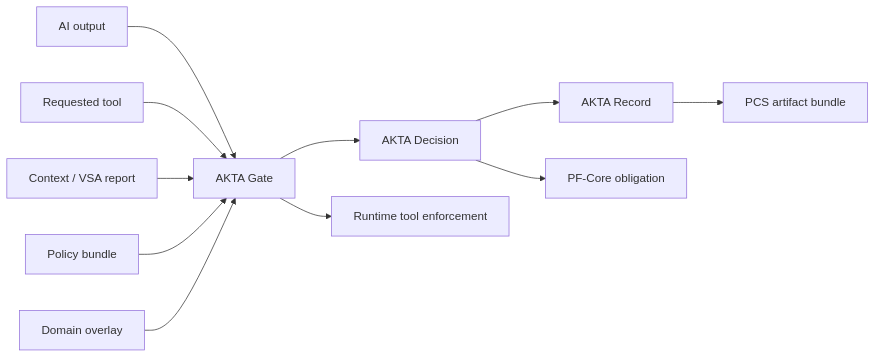
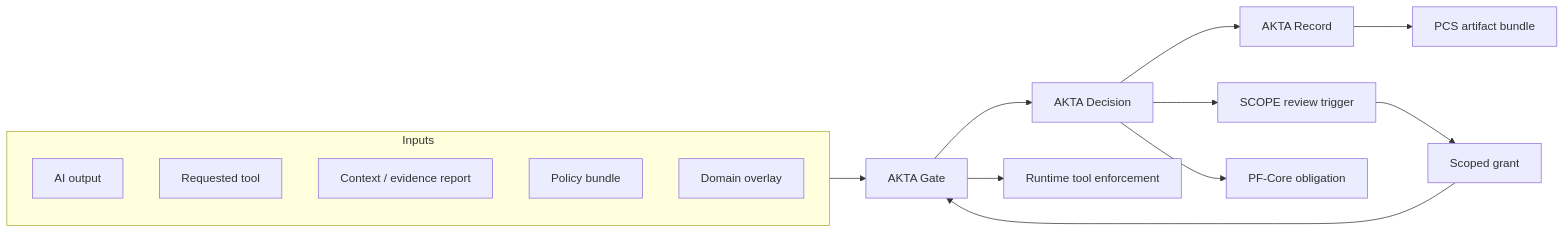
One commit to fraware/AKTA changed the diagram in README.md. Above: the diagram before and after it, drawn with Mermaid. The commit also changed other lines of this file, not shown here.

````diff
--- a/README.md
+++ b/README.md
@@ -66,13 +37,21 @@
 ```mermaid
 flowchart LR
-  AI[AI output] --> Gate[AKTA Gate]
-  Tool[Requested tool] --> Gate
-  Ctx[Context / VSA report] --> Gate
-  Policy[Policy bundle] --> Gate
-  Overlay[Domain overlay] --> Gate
+  subgraph inputs["Inputs"]
+    AI[AI output]
+    Tool[Requested tool]
+    Ctx[Context / evidence report]
+    Policy[Policy bundle]
+    Overlay[Domain overlay]
+  end
+
+  inputs --> Gate[AKTA Gate]
   Gate --> Decision[AKTA Decision]
   Decision --> Record[AKTA Record]
+  Decision --> Review[SCOPE review trigger]
   Decision --> PF[PF-Core obligation]
   Record --> PCS[PCS artifact bundle]
   Gate --> Runtime[Runtime tool enforcement]
+
+  Review --> Grant[Scoped grant]
+  Grant --> Gate
 ```
````
